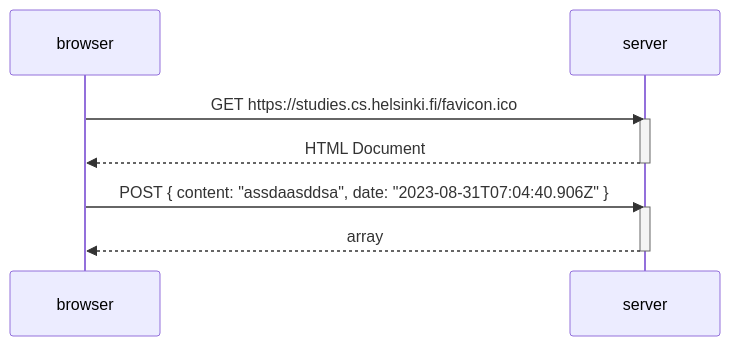
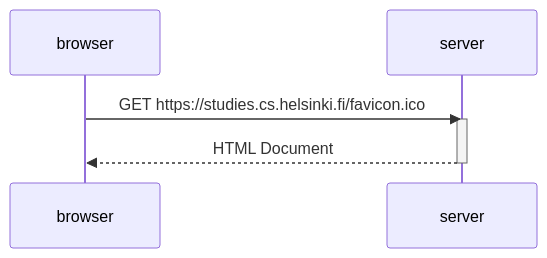
The diagram in part_0_4.md (valtteriper/FullstackOpen), drawn with Mermaid before and after one commit.

````diff
--- a/part_0_4.md
+++ b/part_0_4.md
@@ -1,16 +1,11 @@
 ```mermaid
 sequenceDiagram
     participant browser
     participant server
     
     browser->>server: GET https://studies.cs.helsinki.fi/favicon.ico
     activate server
     server-->>browser: HTML Document
     deactivate server
 
-    browser->>server: POST { content: "assdaasddsa", date: "2023-08-31T07:04:40.906Z" }
-    activate server
-    server-->>browser: array
-    deactivate server
-
 ```
````
